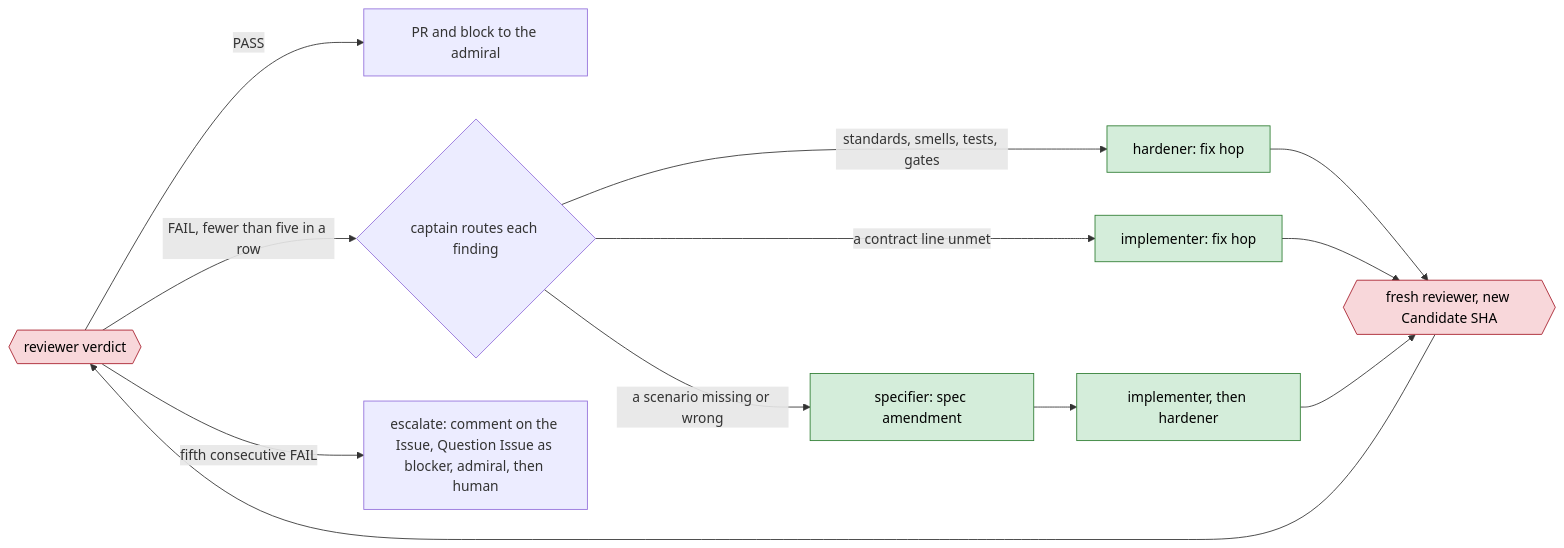
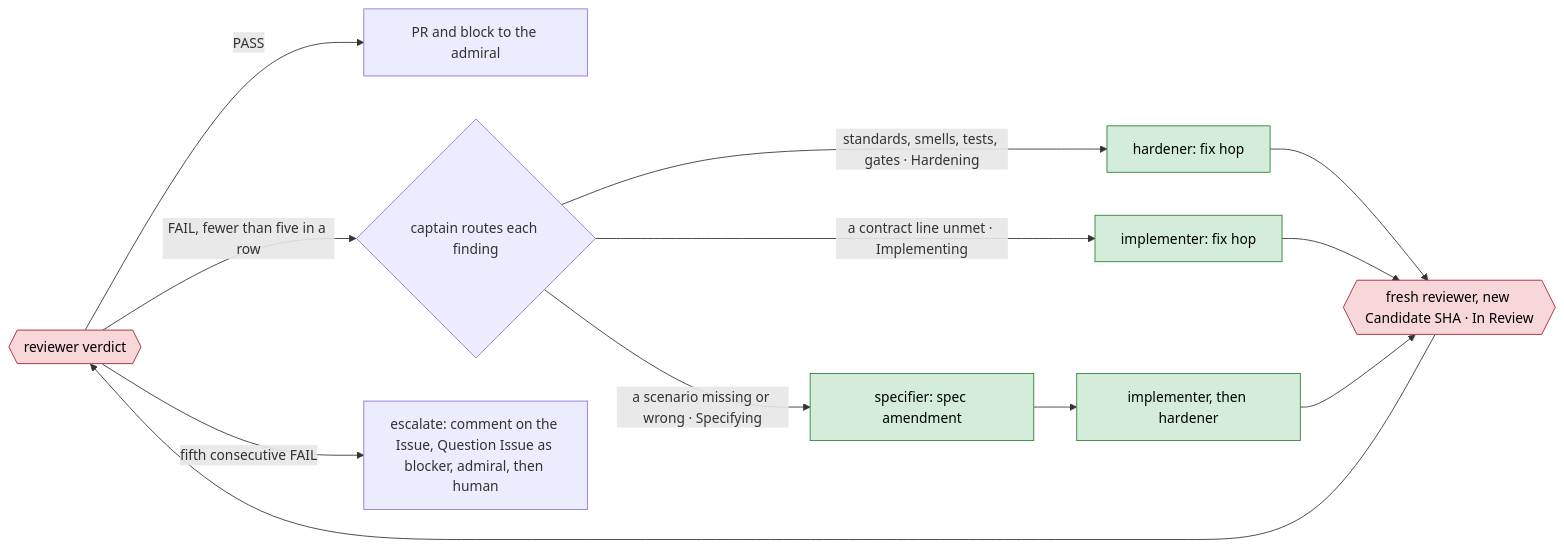
Before and after one commit to bodnarbalazs/dydo: the sixth of 12 diagrams in dydo/understand/control-flow.md, drawn with Mermaid. The commit also changed other lines of this file and 9 other files, not shown here.

First line of the commit message:
docs: DR 047 supersymmetry, hop statuses, Merge Issues, the release protocol; standard and control-flow map rewritten to it

````diff
--- a/dydo/understand/control-flow.md
+++ b/dydo/understand/control-flow.md
@@ -252,16 +424,16 @@
 ```mermaid
 flowchart LR
   classDef worker fill:#d4edda,stroke:#2e7d32,color:#000
   classDef reviewer fill:#f8d7da,stroke:#a71d2a,color:#000
   RV{{reviewer verdict}}:::reviewer -->|PASS| OK[PR and block to the admiral]
   RV -->|"FAIL, fewer than five in a row"| RT{captain routes each finding}
-  RT -->|standards, smells, tests, gates| HD[hardener: fix hop]:::worker
-  RT -->|a contract line unmet| IM[implementer: fix hop]:::worker
-  RT -->|a scenario missing or wrong| SP[specifier: spec amendment]:::worker
+  RT -->|"standards, smells, tests, gates · Hardening"| HD[hardener: fix hop]:::worker
+  RT -->|"a contract line unmet · Implementing"| IM[implementer: fix hop]:::worker
+  RT -->|"a scenario missing or wrong · Specifying"| SP[specifier: spec amendment]:::worker
   SP --> IM2[implementer, then hardener]:::worker
-  HD --> FR{{fresh reviewer, new Candidate SHA}}:::reviewer
+  HD --> FR{{fresh reviewer, new Candidate SHA · In Review}}:::reviewer
   IM --> FR
   IM2 --> FR
   FR --> RV
   RV -->|fifth consecutive FAIL| ESC[escalate: comment on the Issue, Question Issue as blocker, admiral, then human]
 ```
````
